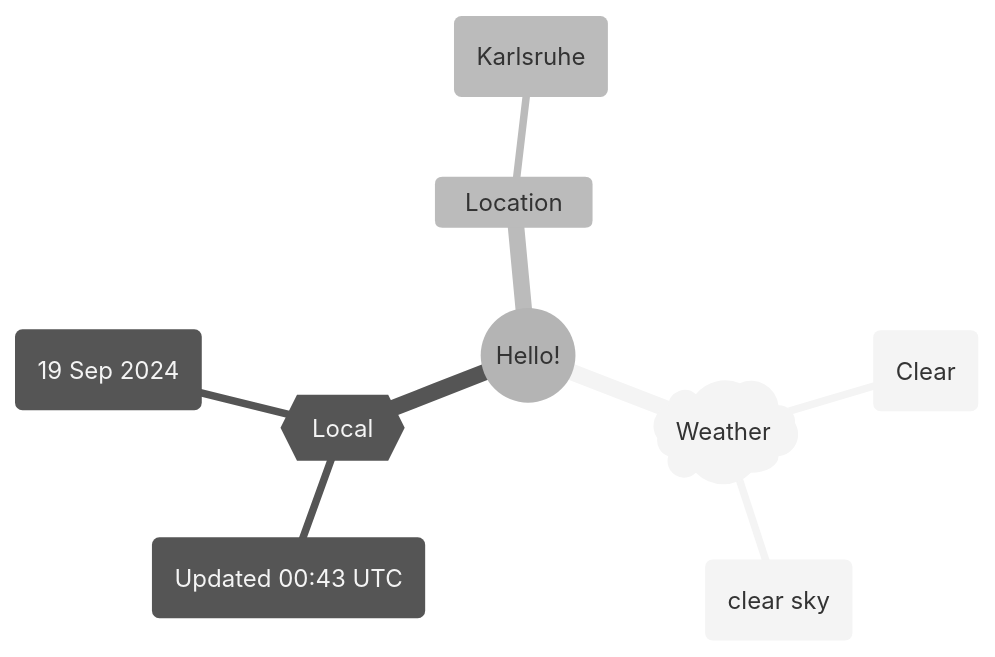
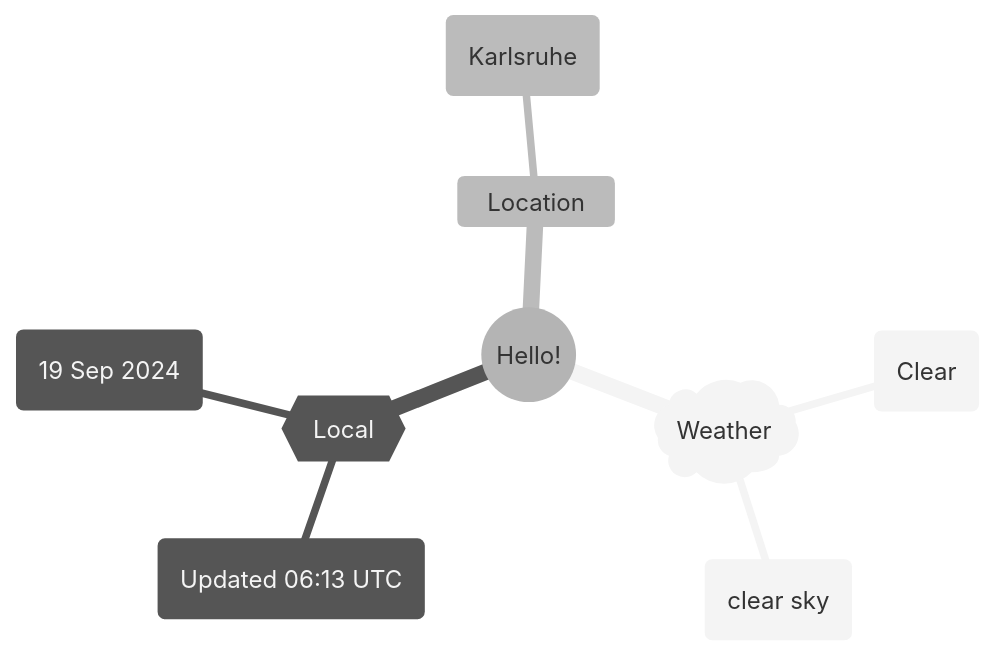
The first of 2 diagrams in README.md (Xosrov/Xosrov), drawn with Mermaid (neutral theme) before and after one commit.

Commit message:
[bot] updated images

````diff
--- a/README.md
+++ b/README.md
@@ -3,12 +3,12 @@
 ```mermaid
 mindmap
   root((Hello!))
     )Weather(
         (Clear)
         (clear sky)
     {{Local}}
-        (Updated 00:43 UTC)
+        (Updated 06:13 UTC)
         (19 Sep 2024)
     Location
         (Karlsruhe)
 ```
````
